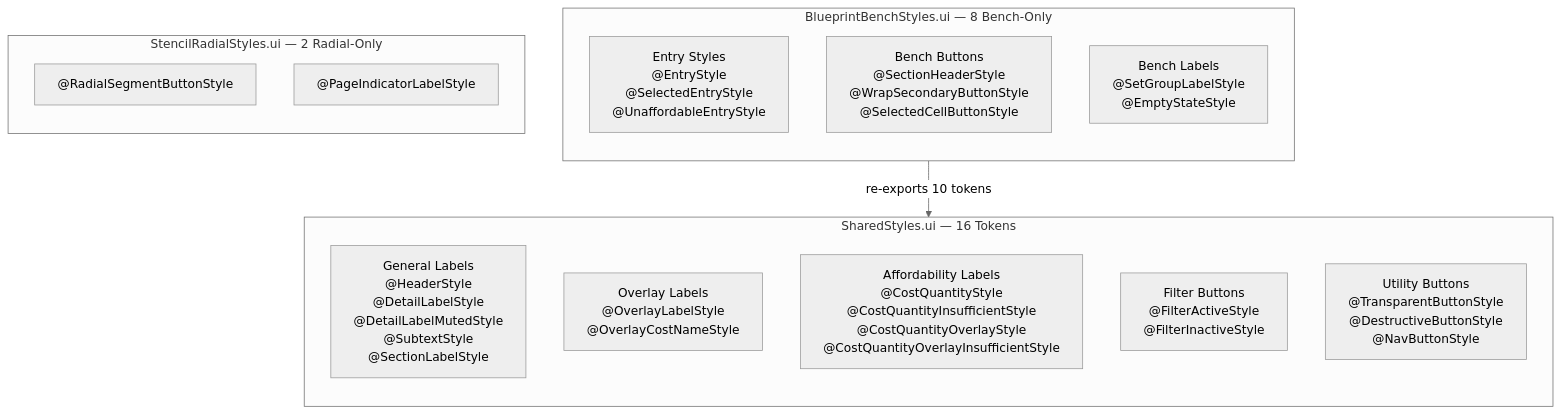
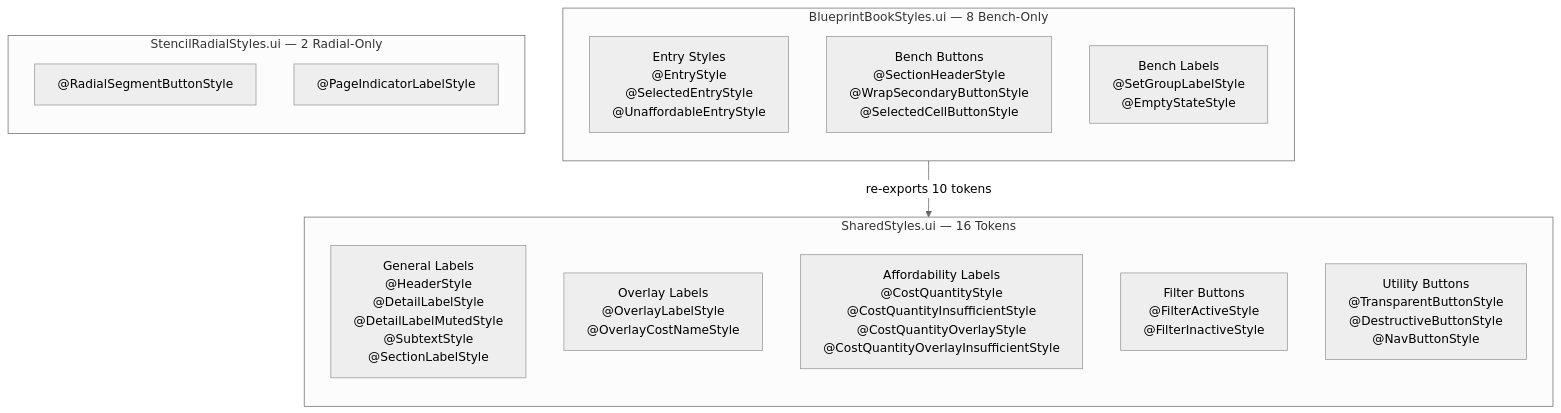
One commit to TheCodeCreature/Hytale-Example-Plugin changed the second of 3 diagrams in docs/design-shared-style-architecture.md. Above: the diagram before and after it, drawn with Mermaid (neutral theme). The commit also changed other lines of this file and 120 other files, not shown here.

First line of the commit message:
Refactor Blueprint Bench to Blueprint Book

````diff
--- a/docs/design-shared-style-architecture.md
+++ b/docs/design-shared-style-architecture.md
@@ -55,26 +55,26 @@
 ```mermaid
 graph TB
     subgraph SharedStyles["SharedStyles.ui — 16 Tokens"]
         direction TB
         SL_GEN["General Labels\n@HeaderStyle\n@DetailLabelStyle\n@DetailLabelMutedStyle\n@SubtextStyle\n@SectionLabelStyle"]
         SL_OVL["Overlay Labels\n@OverlayLabelStyle\n@OverlayCostNameStyle"]
         SL_AFF["Affordability Labels\n@CostQuantityStyle\n@CostQuantityInsufficientStyle\n@CostQuantityOverlayStyle\n@CostQuantityOverlayInsufficientStyle"]
         SB_FLT["Filter Buttons\n@FilterActiveStyle\n@FilterInactiveStyle"]
         SB_UTL["Utility Buttons\n@TransparentButtonStyle\n@DestructiveButtonStyle\n@NavButtonStyle"]
     end
 
-    subgraph BBS["BlueprintBenchStyles.ui — 8 Bench-Only"]
+    subgraph BBS["BlueprintBookStyles.ui — 8 Bench-Only"]
         direction TB
         BB_ENT["Entry Styles\n@EntryStyle\n@SelectedEntryStyle\n@UnaffordableEntryStyle"]
         BB_BTN["Bench Buttons\n@SectionHeaderStyle\n@WrapSecondaryButtonStyle\n@SelectedCellButtonStyle"]
         BB_LBL["Bench Labels\n@SetGroupLabelStyle\n@EmptyStateStyle"]
     end
 
     subgraph SRS["StencilRadialStyles.ui — 2 Radial-Only"]
         direction TB
         SR_SEG["@RadialSegmentButtonStyle"]
         SR_PG["@PageIndicatorLabelStyle"]
     end
 
     BBS -->|"re-exports 10 tokens"| SharedStyles
 ```
````
